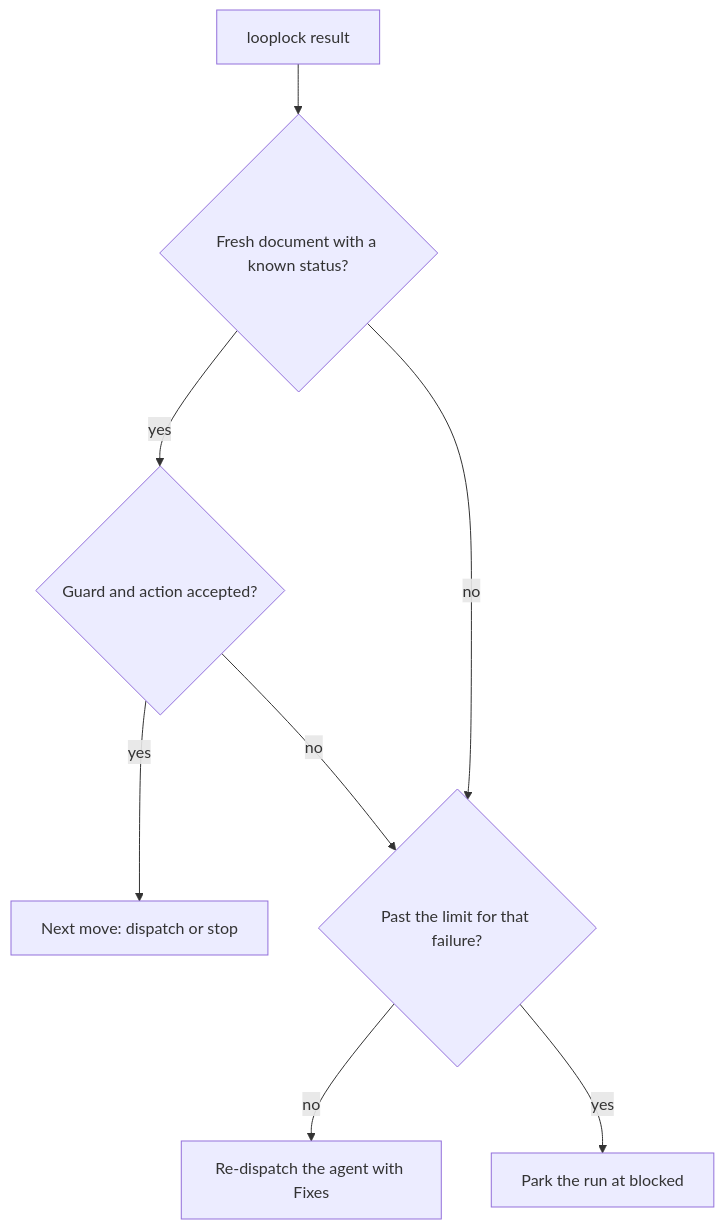
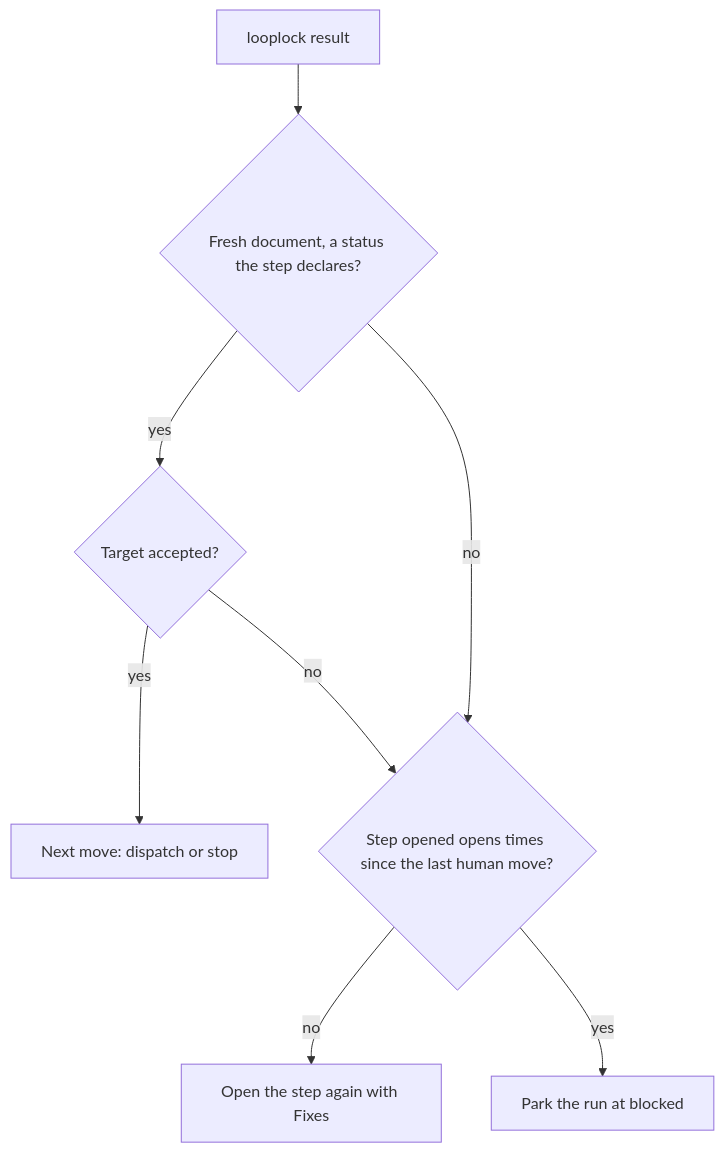
The diagram in docs/protocol.md (push-based/iterward), drawn with Mermaid before and after one commit. The commit also changed other lines of this file and 63 other files, not shown here.

````diff
--- a/docs/protocol.md
+++ b/docs/protocol.md
@@ -73,10 +72,10 @@
 ```mermaid
 flowchart TD
-    R["looplock result"] --> V{"Fresh document with a known status?"}
-    V -- "yes" --> A{"Guard and action accepted?"}
+    R["looplock result"] --> V{"Fresh document, a status the step declares?"}
+    V -- "yes" --> A{"Target accepted?"}
     A -- "yes" --> N["Next move: dispatch or stop"]
-    V -- "no" --> L{"Past the limit for that failure?"}
+    V -- "no" --> L{"Step opened opens times since the last human move?"}
     A -- "no" --> L
-    L -- "no" --> RD["Re-dispatch the agent with Fixes"]
+    L -- "no" --> RD["Open the step again with Fixes"]
     L -- "yes" --> P["Park the run at blocked"]
 ```
````
